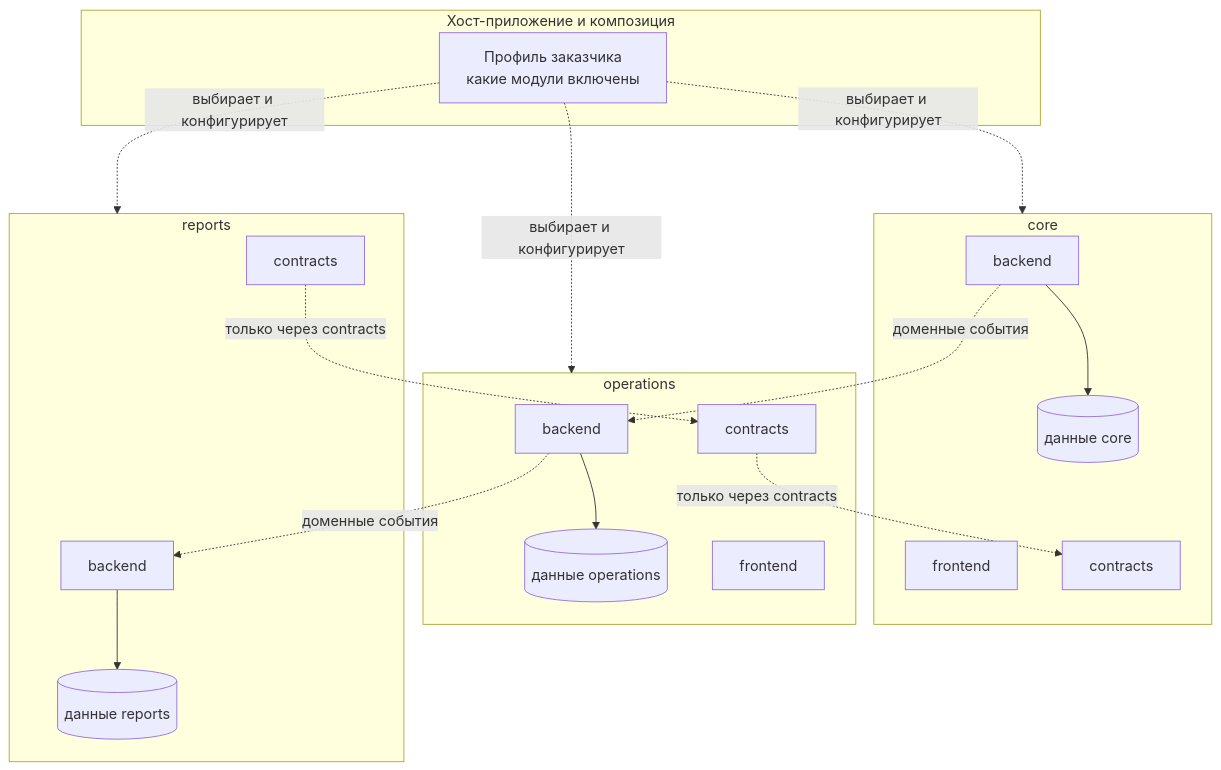
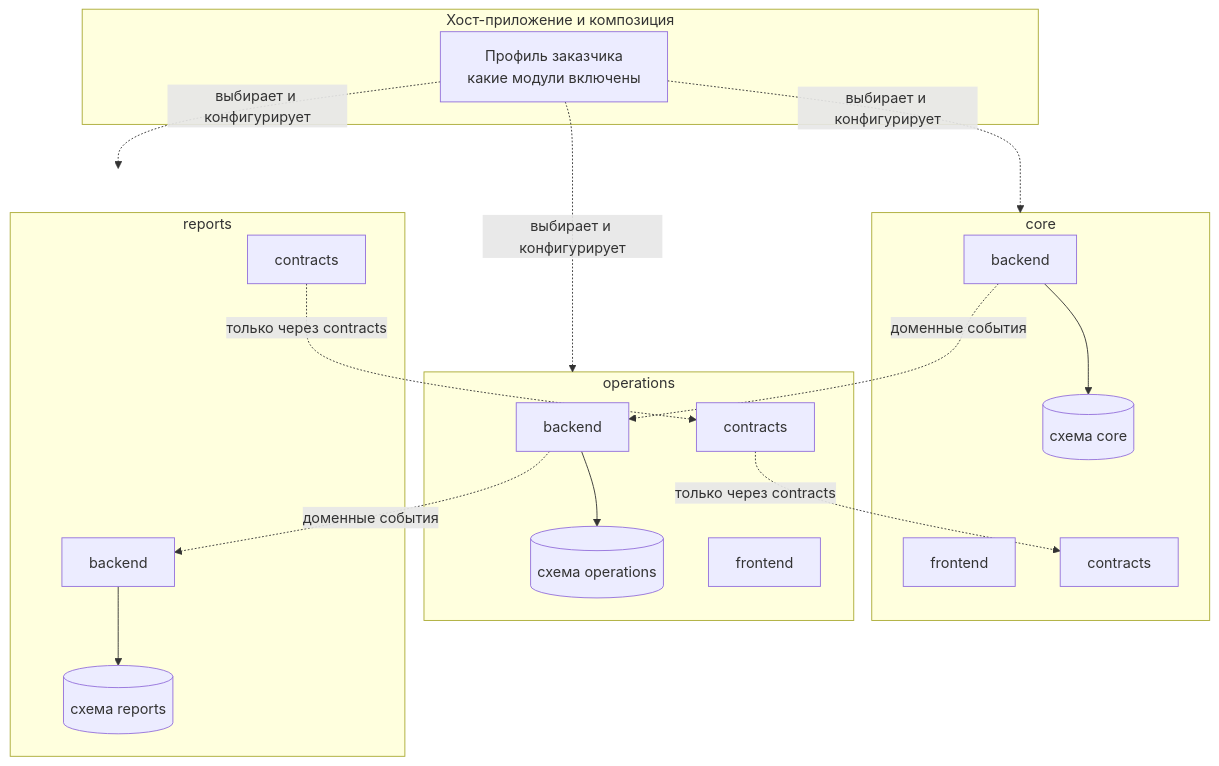
The second of 2 diagrams in docs/architecture.md (const-neshumaev/bank-cash-ops), drawn with Mermaid before and after one commit. The commit also changed other lines of this file and 22 other files, not shown here.

First line of the commit message:
Give each module its own PostgreSQL schema

````diff
--- a/docs/architecture.md
+++ b/docs/architecture.md
@@ -29,27 +31,27 @@
 ```mermaid
 graph TD
     subgraph Host["Хост-приложение и композиция"]
         Comp[Профиль заказчика<br/>какие модули включены]
     end
     subgraph Core["core"]
-        C_BE[backend] --> C_DB[(данные core)]
+        C_BE[backend] --> C_DB[(схема core)]
         C_FE[frontend]
         C_CT[contracts]
     end
     subgraph Ops["operations"]
-        O_BE[backend] --> O_DB[(данные operations)]
+        O_BE[backend] --> O_DB[(схема operations)]
         O_FE[frontend]
         O_CT[contracts]
     end
     subgraph Rep["reports"]
-        R_BE[backend] --> R_DB[(данные reports)]
+        R_BE[backend] --> R_DB[(схема reports)]
         R_CT[contracts]
     end
     O_CT -. "только через contracts" .-> C_CT
     R_CT -. "только через contracts" .-> O_CT
     C_BE -. "доменные события" .-> O_BE
     O_BE -. "доменные события" .-> R_BE
     Comp -. "выбирает и конфигурирует" .-> Core
     Comp -. "выбирает и конфигурирует" .-> Ops
     Comp -. "выбирает и конфигурирует" .-> Rep
 ```
````
